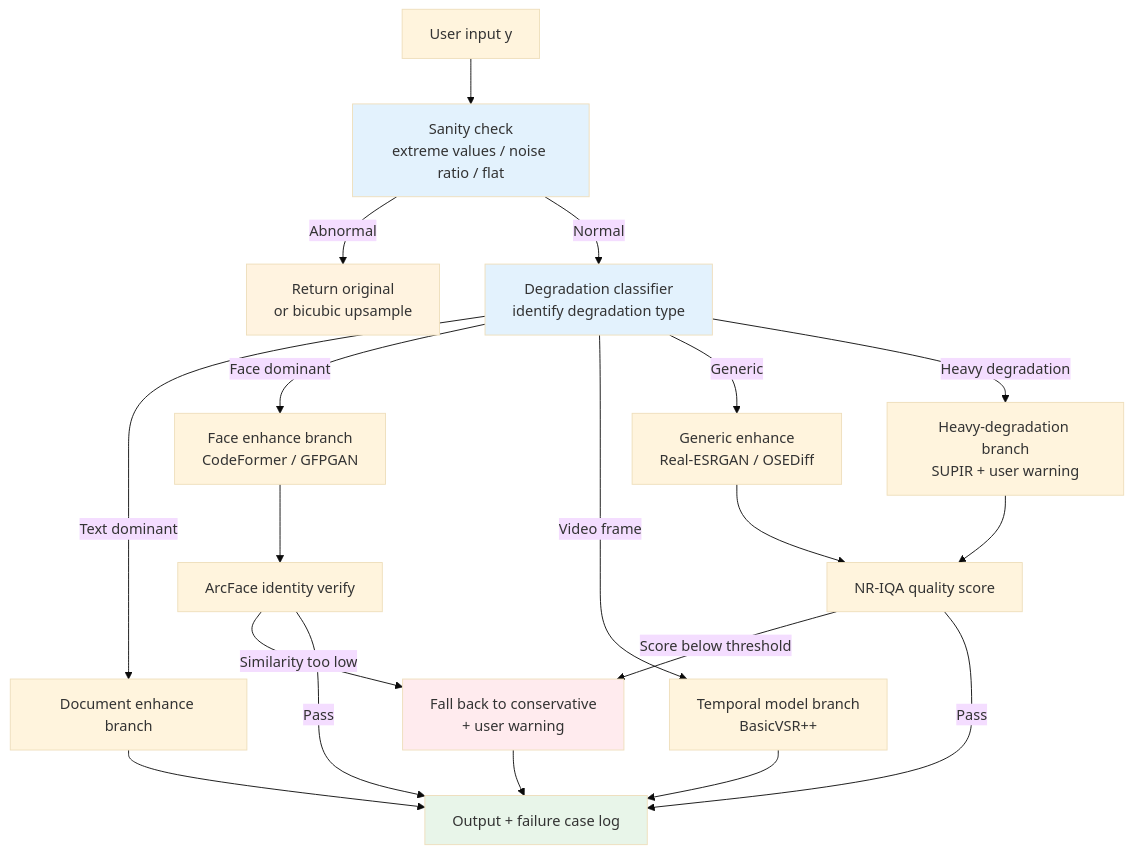
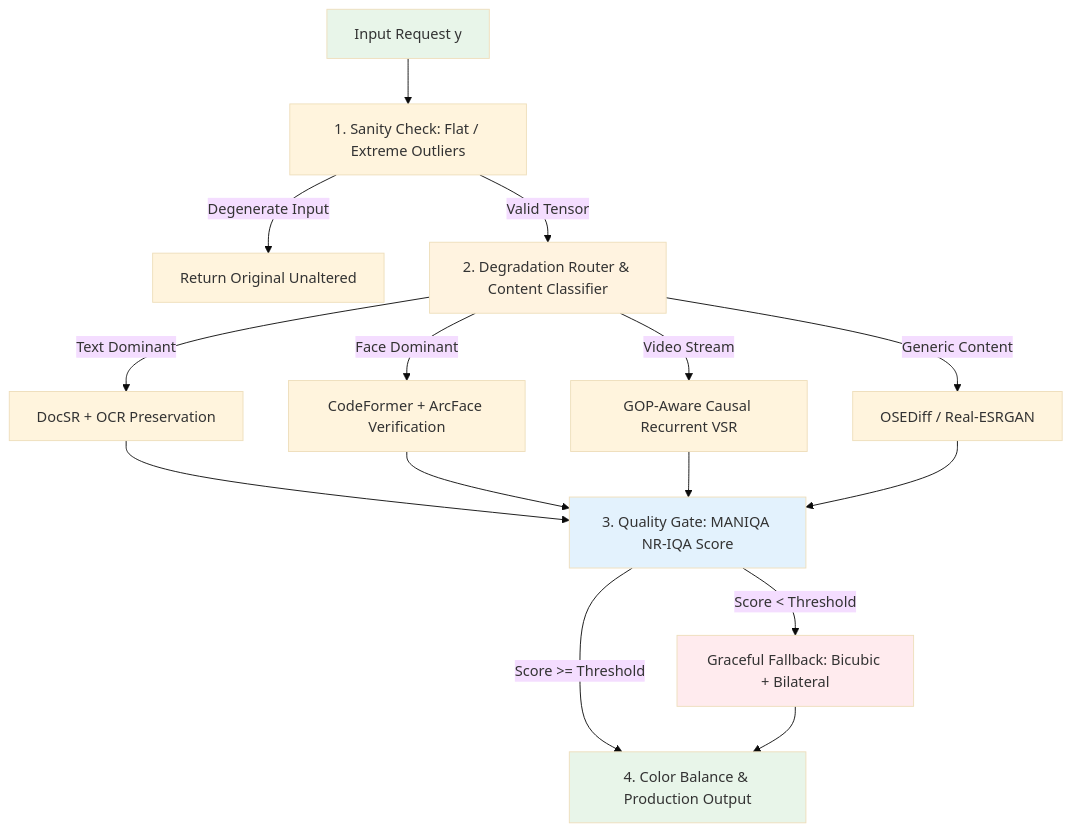
The third of 3 diagrams in en/chapters/17-failures.md (yingwang/image-enhancement-guide), drawn with Mermaid (base theme) before and after one commit. The commit also changed other lines of this file and 18 other files, not shown here.

````diff
--- a/en/chapters/17-failures.md
+++ b/en/chapters/17-failures.md
@@ -631,28 +160,23 @@
 ```mermaid
 graph TD
-    Y[User input y] --> SC[Sanity check<br/>extreme values / noise ratio / flat]
-    SC -->|Abnormal| RET[Return original<br/>or bicubic upsample]
-    SC -->|Normal| DC[Degradation classifier<br/>identify degradation type]
-    DC -->|Text dominant| DOC[Document enhance branch]
-    DC -->|Face dominant| FACE[Face enhance branch<br/>CodeFormer / GFPGAN]
-    DC -->|Video frame| VID[Temporal model branch<br/>BasicVSR++]
-    DC -->|Generic| GEN[Generic enhance<br/>Real-ESRGAN / OSEDiff]
-    DC -->|Heavy degradation| EXTREME[Heavy-degradation branch<br/>SUPIR + user warning]
+    UserImg[Input Request y] --> Sanity[1. Sanity Check: Flat / Extreme Outliers]
+    Sanity -- Degenerate Input --> Bypass[Return Original Unaltered]
+    Sanity -- Valid Tensor --> Router[2. Degradation Router & Content Classifier]
 
-    FACE --> VID2[ArcFace identity verify]
-    GEN --> Q[NR-IQA quality score]
-    EXTREME --> Q
-    VID2 -->|Similarity too low| FALLBACK[Fall back to conservative<br/>+ user warning]
-    Q -->|Score below threshold| FALLBACK
-    VID2 -->|Pass| OUT[Output + failure case log]
-    Q -->|Pass| OUT
-    DOC --> OUT
-    VID --> OUT
-    FALLBACK --> OUT
+    Router -- Text Dominant --> DocBranch[DocSR + OCR Preservation]
+    Router -- Face Dominant --> FaceBranch[CodeFormer + ArcFace Verification]
+    Router -- Video Stream --> VideoBranch[GOP-Aware Causal Recurrent VSR]
+    Router -- Generic Content --> GenBranch[OSEDiff / Real-ESRGAN]
 
-    style SC fill:#e3f2fd
-    style DC fill:#e3f2fd
-    style FALLBACK fill:#ffebee
-    style OUT fill:#e8f5e9
-    style RET fill:#fff3e0
+    DocBranch & FaceBranch & VideoBranch & GenBranch --> PostVerify[3. Quality Gate: MANIQA NR-IQA Score]
+
+    PostVerify -- Score < Threshold --> Fallback[Graceful Fallback: Bicubic + Bilateral]
+    PostVerify -- Score >= Threshold --> Egress[4. Color Balance & Production Output]
+    Fallback --> Egress
+
+    style UserImg fill:#e8f5e9
+    style Router fill:#fff3e0
+    style PostVerify fill:#e3f2fd
+    style Fallback fill:#ffebee
+    style Egress fill:#e8f5e9
 ```
````
